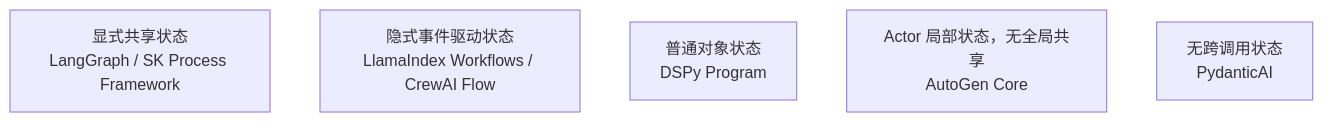
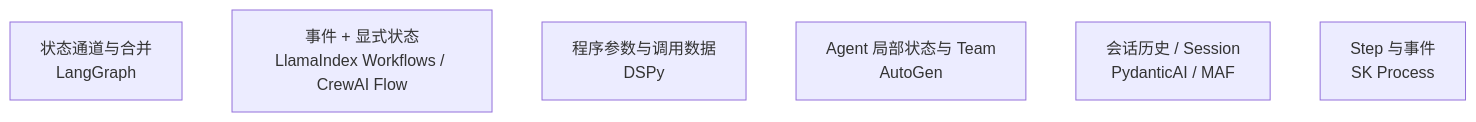
The diagram in docs/frameworks/06-selection-portability/22-cross-framework-technical-taxonomy.md (oneleaveknowsthefall/awesome-ai-roadmap), drawn with Mermaid before and after one commit. The commit also changed other lines of this file and 61 other files, not shown here.

````diff
--- a/docs/frameworks/06-selection-portability/22-cross-framework-technical-taxonomy.md
+++ b/docs/frameworks/06-selection-portability/22-cross-framework-technical-taxonomy.md
@@ -23,8 +28,9 @@
 ```mermaid
 flowchart TB
-    S1["显式共享状态<br/>LangGraph / SK Process Framework"]
-    S2["隐式事件驱动状态<br/>LlamaIndex Workflows / CrewAI Flow"]
-    S3["普通对象状态<br/>DSPy Program"]
-    S4["Actor 局部状态，无全局共享<br/>AutoGen Core"]
-    S5["无跨调用状态<br/>PydanticAI"]
+    S1["状态通道与合并<br/>LangGraph"]
+    S2["事件 + 显式状态<br/>LlamaIndex Workflows / CrewAI Flow"]
+    S3["程序参数与调用数据<br/>DSPy"]
+    S4["Agent 局部状态与 Team<br/>AutoGen"]
+    S5["会话历史 / Session<br/>PydanticAI / MAF"]
+    S6["Step 与事件<br/>SK Process"]
 ```
````
